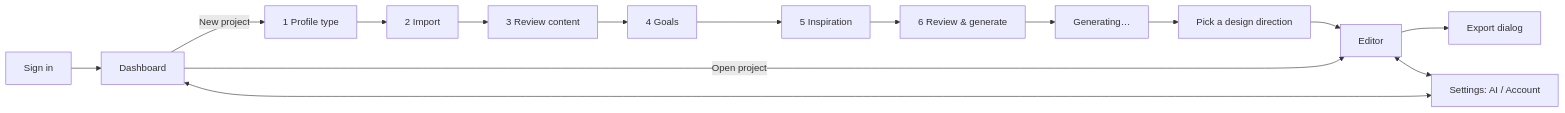
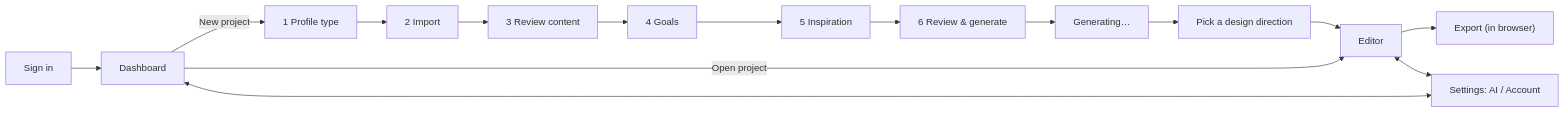
Before and after one commit to iamsanuponnulli-hue/PORTFOLIO-BUILDER: the fifth of 17 diagrams in docs/ARCHITECTURE.md, drawn with Mermaid. The commit also changed other lines of this file and 1 other file, not shown here.

First line of the commit message:
Plan: thin server, browser-heavy processing, extension, device-only keys, OpenRouter sign-in

````diff
--- a/docs/ARCHITECTURE.md
+++ b/docs/ARCHITECTURE.md
@@ -169,10 +207,10 @@
 ```mermaid
 flowchart LR
   SI["Sign in"] --> DB["Dashboard"]
   DB -- New project --> W1["1 Profile type"] --> W2["2 Import"] --> W3["3 Review content"] --> W4["4 Goals"] --> W5["5 Inspiration"] --> W6["6 Review & generate"]
   W6 --> GEN["Generating…"] --> DIR["Pick a design direction"] --> ED["Editor"]
   DB -- Open project --> ED
-  ED --> EXP["Export dialog"]
+  ED --> EXP["Export (in browser)"]
   ED <--> SET["Settings: AI / Account"]
   DB <--> SET
 ```
````
